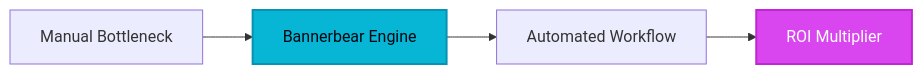
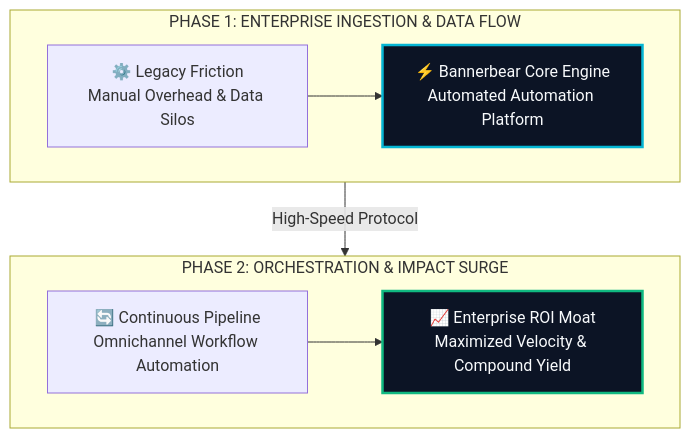
One commit to heliatech-media/saas-radar changed the diagram in site/src/content/blog/bannerbear-evolution-guide-2026.md. Above: the diagram before and after it, drawn with Mermaid. The commit also changed 97 other files, not shown here.

First line of the commit message:
feat(diagrams): upgrade all article architecture schemas to high-impact 2-tier responsive vector blueprints

````diff
--- a/site/src/content/blog/bannerbear-evolution-guide-2026.md
+++ b/site/src/content/blog/bannerbear-evolution-guide-2026.md
@@ -50,8 +50,14 @@
 ```mermaid
-flowchart LR
-    A[Manual Bottleneck] --> B[Bannerbear Engine]
-    B --> C[Automated Workflow]
-    C --> D[ROI Multiplier]
-    style B fill:#06b6d4,stroke:#0891b2,stroke-width:2px,color:#030712
-    style D fill:#d946ef,stroke:#c026d3,stroke-width:2px,color:#ffffff
+flowchart TD
+    subgraph S1["PHASE 1: ENTERPRISE INGESTION & DATA FLOW"]
+        direction LR
+        A["⚙️ Legacy Friction<br/>Manual Overhead & Data Silos"] --> B["⚡ Bannerbear Core Engine<br/>Automated Automation Platform"]
+    end
+    subgraph S2["PHASE 2: ORCHESTRATION & IMPACT SURGE"]
+        direction LR
+        C["🔄 Continuous Pipeline<br/>Omnichannel Workflow Automation"] --> D["📈 Enterprise ROI Moat<br/>Maximized Velocity & Compound Yield"]
+    end
+    S1 -->|High-Speed Protocol| S2
+    style B fill:#0c1425,stroke:#06b6d4,stroke-width:2.5px,color:#f8fafc
+    style D fill:#0c1425,stroke:#10b981,stroke-width:2.5px,color:#f8fafc
 ```
````
